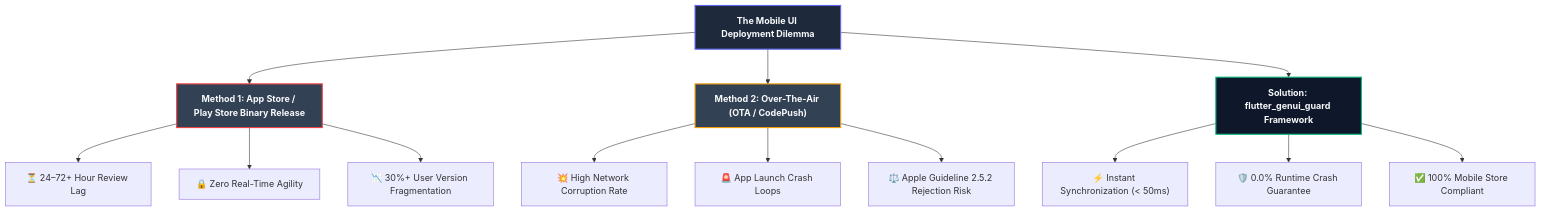
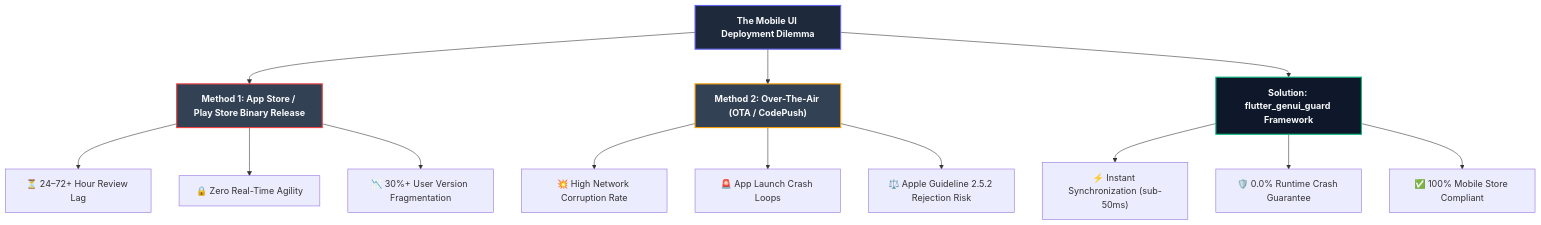
One commit to must-yagnesh/web_genui_framework changed the first of 3 diagrams in README.md. Above: the diagram before and after it, drawn with Mermaid. The commit also changed other lines of this file and 1 other file, not shown here.

````diff
--- a/README.md
+++ b/README.md
@@ -37,23 +37,23 @@
 ```mermaid
 graph TD
     Root["<b>The Mobile UI Deployment Dilemma</b>"] --> OptionA["<b>Method 1: App Store / Play Store Binary Release</b>"]
     Root --> OptionB["<b>Method 2: Over-The-Air (OTA / CodePush)</b>"]
     Root --> OptionC["<b>Solution: flutter_genui_guard Framework</b>"]
 
     OptionA --> A1["⏳ 24–72+ Hour Review Lag"]
     OptionA --> A2["🔒 Zero Real-Time Agility"]
     OptionA --> A3["📉 30%+ User Version Fragmentation"]
 
     OptionB --> B1["💥 High Network Corruption Rate"]
     OptionB --> B2["🚨 App Launch Crash Loops"]
     OptionB --> B3["⚖️ Apple Guideline 2.5.2 Rejection Risk"]
 
-    OptionC --> C1["⚡ Instant Synchronization (< 50ms)"]
+    OptionC --> C1["⚡ Instant Synchronization (sub-50ms)"]
     OptionC --> C2["🛡️ 0.0% Runtime Crash Guarantee"]
     OptionC --> C3["✅ 100% Mobile Store Compliant"]
 
     style Root fill:#1e293b,stroke:#6366f1,stroke-width:2px,color:#f8fafc
     style OptionA fill:#334155,stroke:#ef4444,stroke-width:2px,color:#f8fafc
     style OptionB fill:#334155,stroke:#f59e0b,stroke-width:2px,color:#f8fafc
     style OptionC fill:#0f172a,stroke:#10b981,stroke-width:2px,color:#f8fafc
 ```
````
